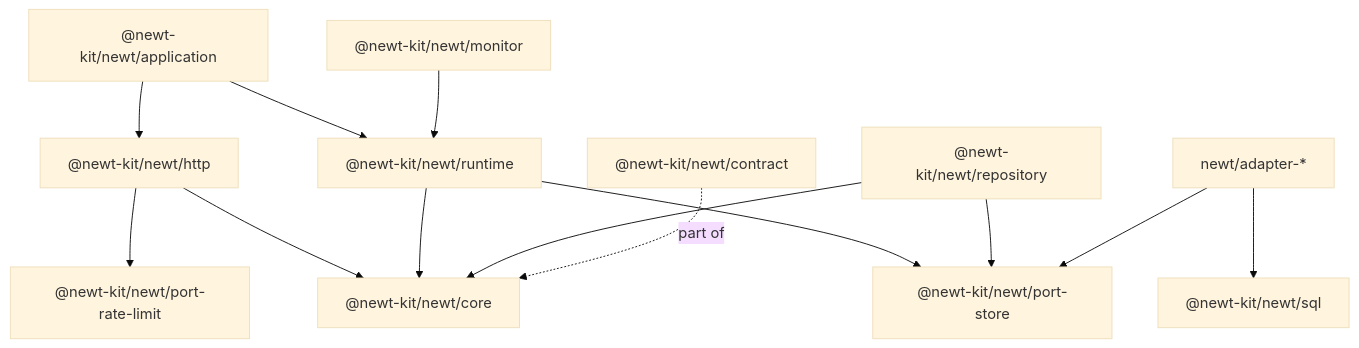
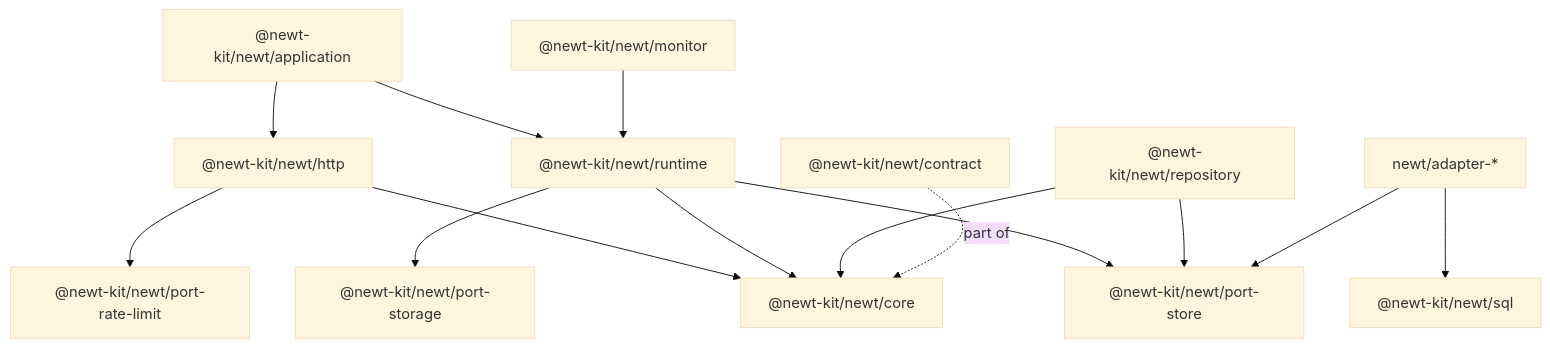
The diagram in web/manual/d-exports.md (aromero86/newt), drawn with Mermaid (base theme) before and after one commit. The commit also changed other lines of this file and 43 other files, not shown here.

````diff
--- a/web/manual/d-exports.md
+++ b/web/manual/d-exports.md
@@ -13,15 +13,16 @@
 ```mermaid
 flowchart TD
   application["@newt-kit/newt/application"] --> runtime["@newt-kit/newt/runtime"]
   application --> http["@newt-kit/newt/http"]
   monitor["@newt-kit/newt/monitor"] --> runtime
   http --> core["@newt-kit/newt/core"]
   http --> ratelimit["@newt-kit/newt/port-rate-limit"]
   runtime --> core
   runtime --> portstore["@newt-kit/newt/port-store"]
+  runtime --> portstorage["@newt-kit/newt/port-storage"]
   repository["@newt-kit/newt/repository"] --> portstore
   repository --> core
   adapters["newt/adapter-*"] --> sql["@newt-kit/newt/sql"]
   adapters --> portstore
   contract["@newt-kit/newt/contract"] -.->|"part of"| core
 ```
````
